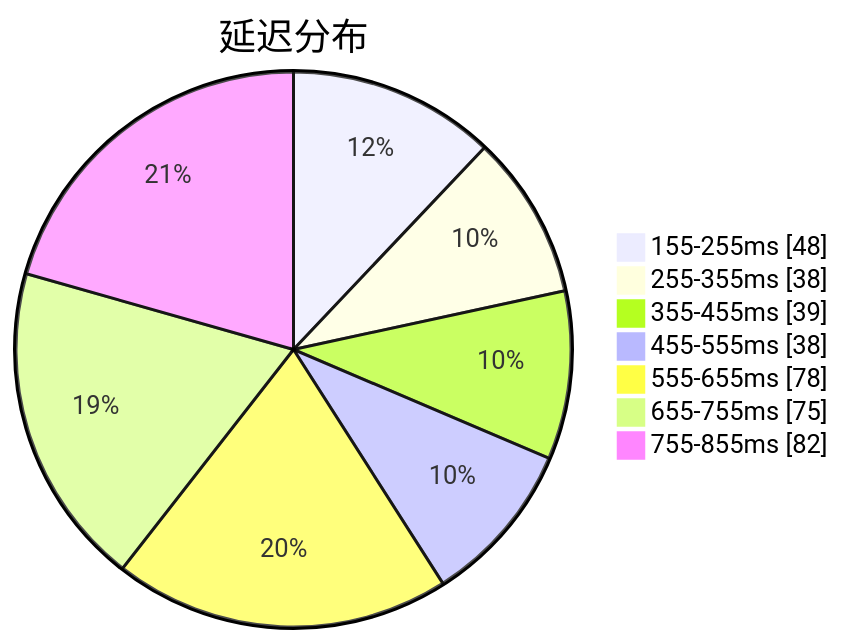
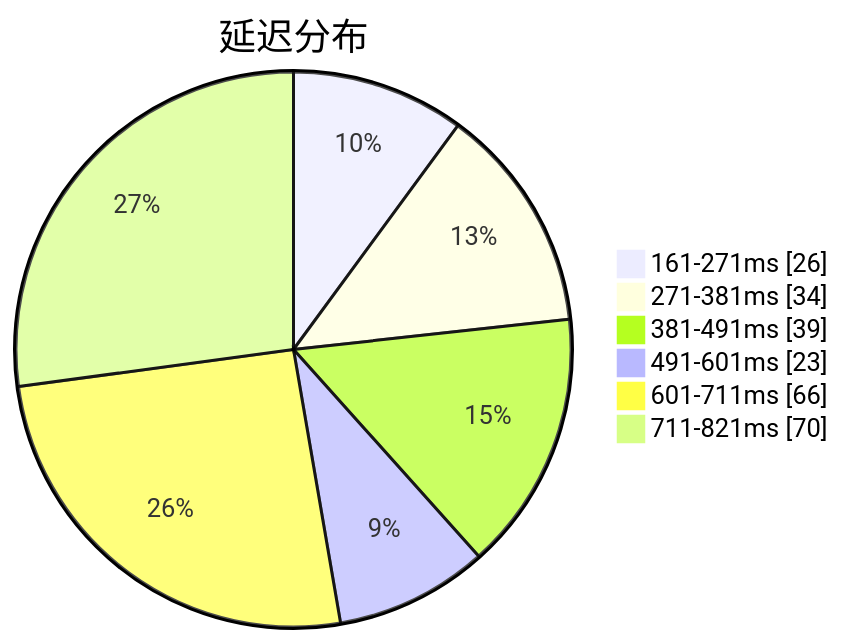
Before and after one commit to qjlxg/airport: the first of 3 diagrams in subs/statistics/tested_within.md, drawn with Mermaid. The commit also changed other lines of this file and 2 other files, not shown here.

````diff
--- a/subs/statistics/tested_within.md
+++ b/subs/statistics/tested_within.md
@@ -2,11 +2,10 @@
 ```mermaid
 pie showData
 title 延迟分布
-"155-255ms" : 48
-"255-355ms" : 38
-"355-455ms" : 39
-"455-555ms" : 38
-"555-655ms" : 78
-"655-755ms" : 75
-"755-855ms" : 82
+"161-271ms" : 26
+"271-381ms" : 34
+"381-491ms" : 39
+"491-601ms" : 23
+"601-711ms" : 66
+"711-821ms" : 70
 ```
````
